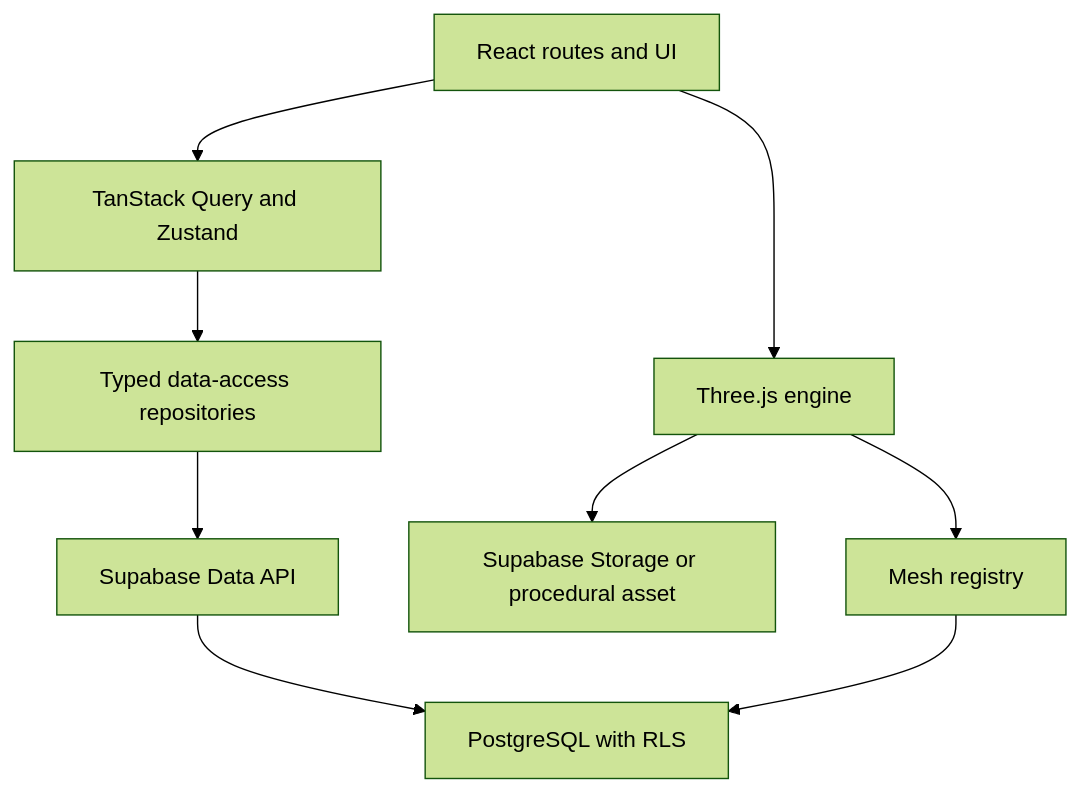
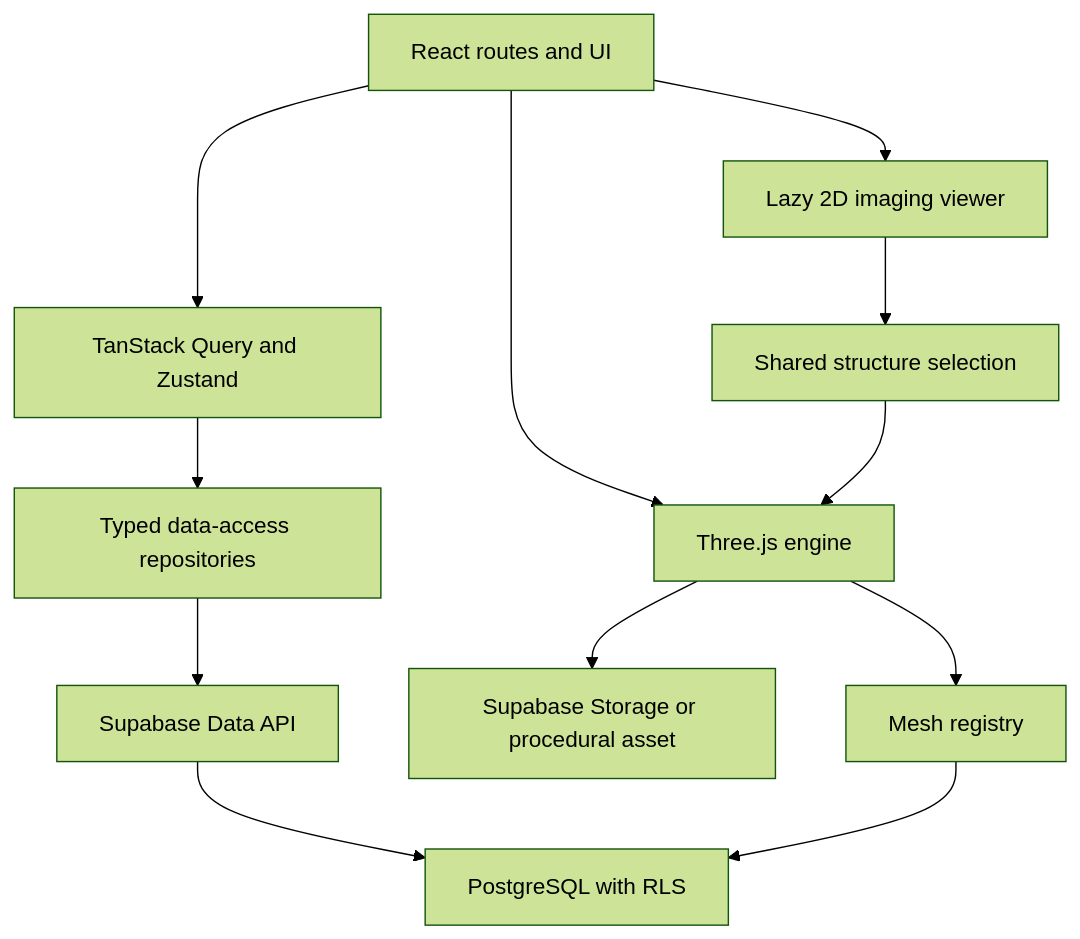
The diagram in docs/ARCHITECTURE.md (Mtzallqmy/Human-anatomy-), drawn with Mermaid (forest theme) before and after one commit. The commit also changed other lines of this file and 76 other files, not shown here.

````diff
--- a/docs/ARCHITECTURE.md
+++ b/docs/ARCHITECTURE.md
@@ -5,11 +5,14 @@
 ```mermaid
 flowchart TD
   UI[React routes and UI] --> Query[TanStack Query and Zustand]
   Query --> DAL[Typed data-access repositories]
   DAL --> API[Supabase Data API]
   API --> DB[PostgreSQL with RLS]
   UI --> Engine[Three.js engine]
+  UI --> Imaging[Lazy 2D imaging viewer]
+  Imaging --> Shared[Shared structure selection]
+  Shared --> Engine
   Engine --> Assets[Supabase Storage or procedural asset]
   Engine --> Registry[Mesh registry]
   Registry --> DB
 ```
````
